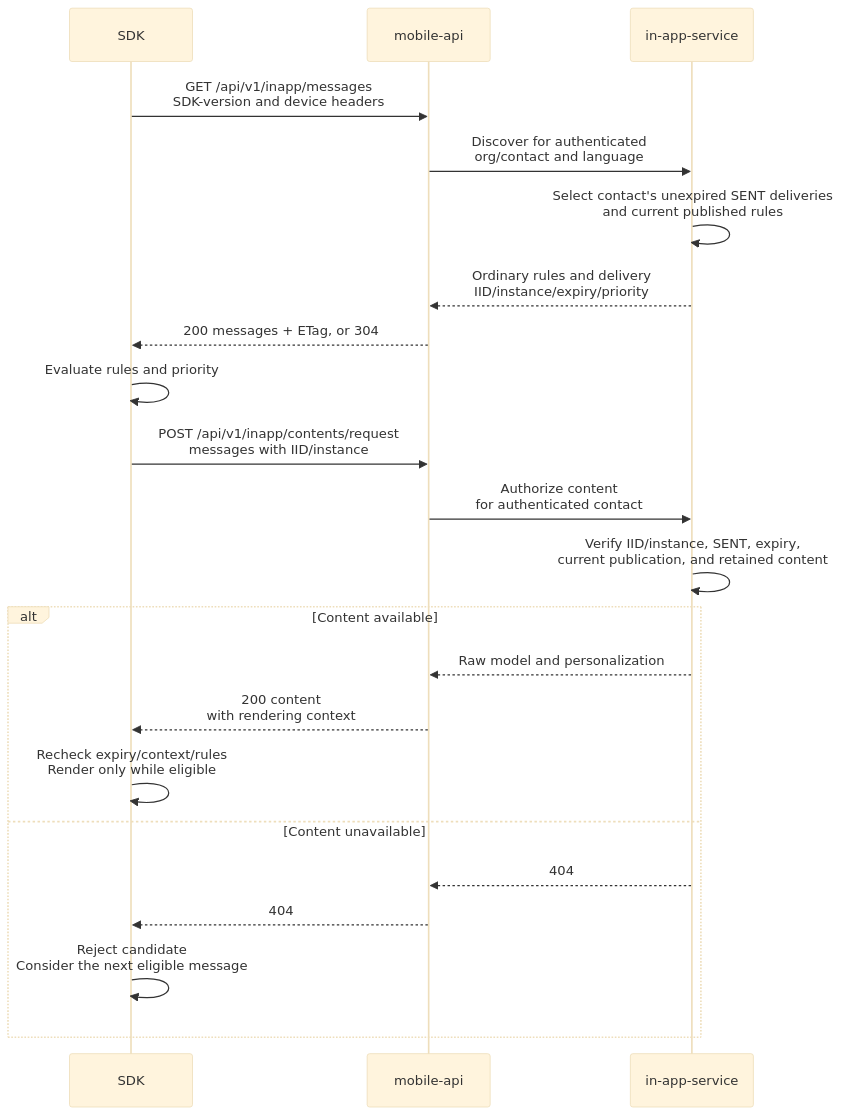
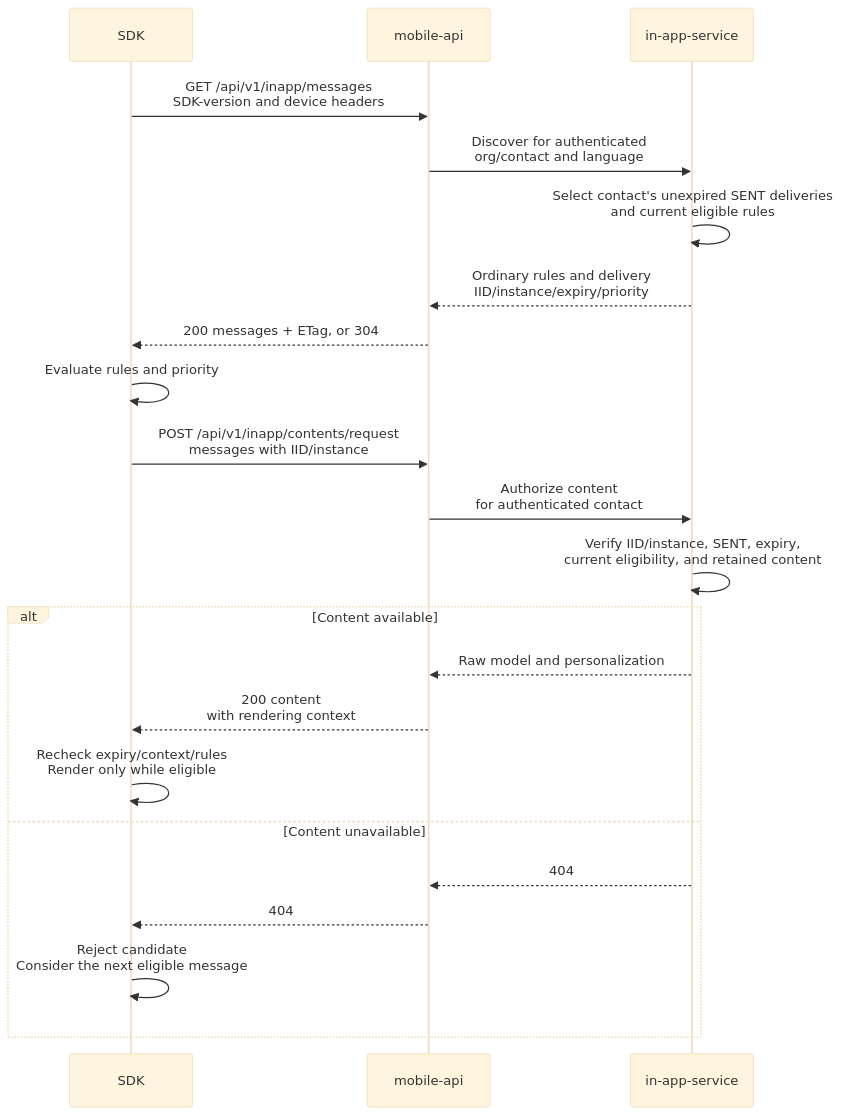
The first of 3 diagrams in docs/in-app-workflow/README.md (reteno-com/reteno-mobile-android-sdk), drawn with Mermaid (base theme) before and after one commit. The commit also changed other lines of this file, not shown here.

First line of the commit message:
docs(reteno-mobile-android-sdk): align InApp backend eligibility

````diff
--- a/docs/in-app-workflow/README.md
+++ b/docs/in-app-workflow/README.md
@@ -80,24 +81,24 @@
 ```mermaid
 sequenceDiagram
     participant S as SDK
     participant M as mobile-api
     participant I as in-app-service
     S->>M: GET /api/v1/inapp/messages<br/>SDK-version and device headers
     M->>I: Discover for authenticated<br/>org/contact and language
-    I->>I: Select contact's unexpired SENT deliveries<br/>and current published rules
+    I->>I: Select contact's unexpired SENT deliveries<br/>and current eligible rules
     I-->>M: Ordinary rules and delivery<br/>IID/instance/expiry/priority
     M-->>S: 200 messages + ETag, or 304
     S->>S: Evaluate rules and priority
     S->>M: POST /api/v1/inapp/contents/request<br/>messages with IID/instance
     M->>I: Authorize content<br/>for authenticated contact
-    I->>I: Verify IID/instance, SENT, expiry,<br/>current publication, and retained content
+    I->>I: Verify IID/instance, SENT, expiry,<br/>current eligibility, and retained content
     alt Content available
         I-->>M: Raw model and personalization
         M-->>S: 200 content<br/>with rendering context
         S->>S: Recheck expiry/context/rules<br/>Render only while eligible
     else Content unavailable
         I-->>M: 404
         M-->>S: 404
         S->>S: Reject candidate<br/>Consider the next eligible message
     end
 ```
````
